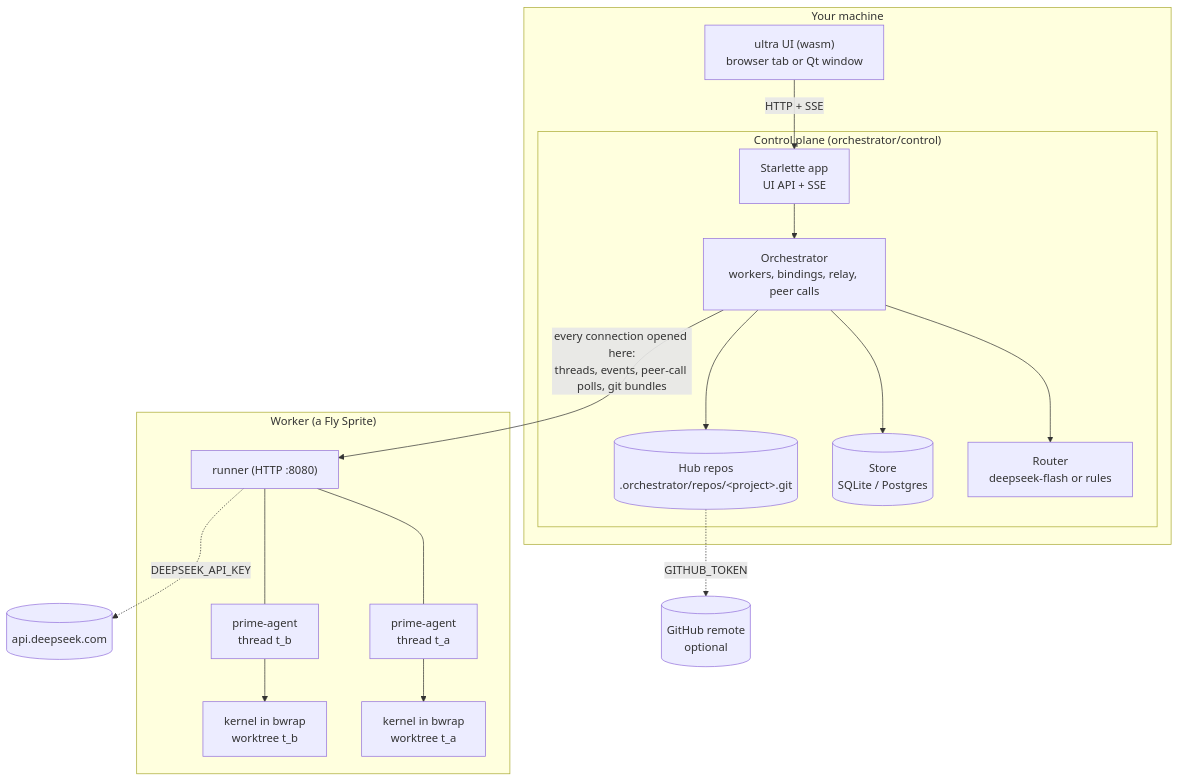
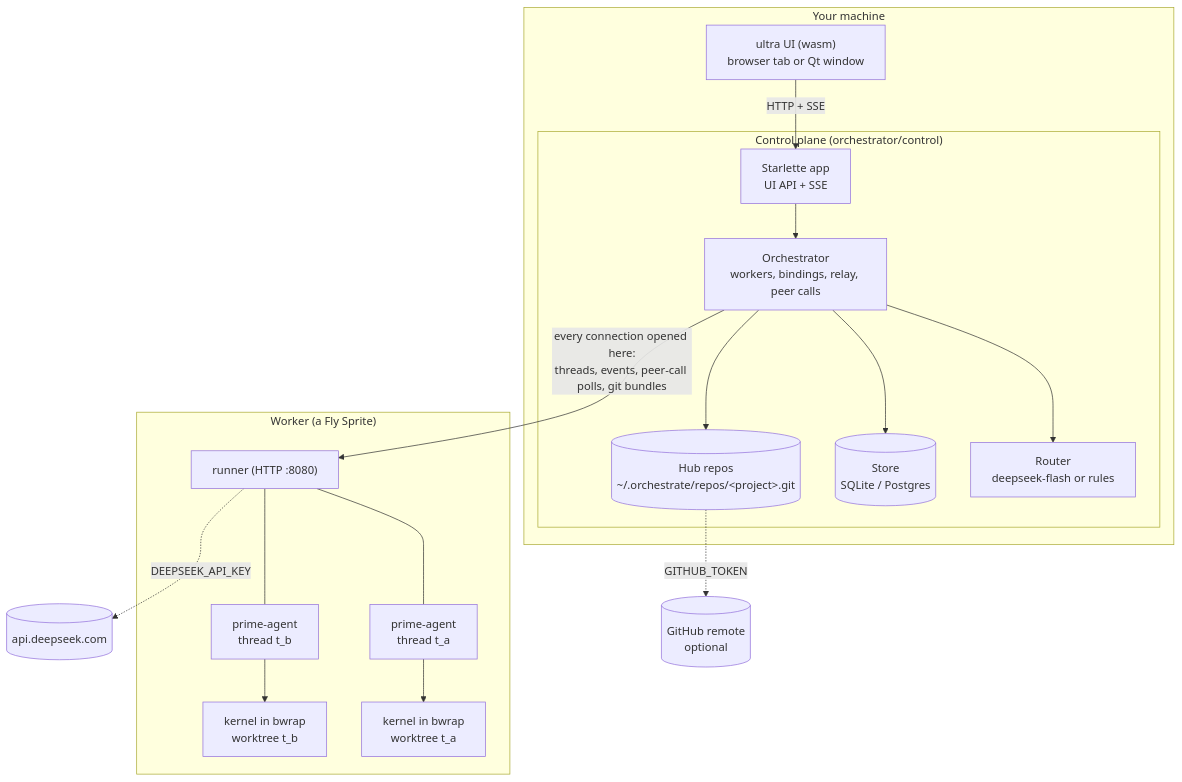
One commit to nandi-conda/orchestrate changed the diagram in docs/architecture/overview.md. Above: the diagram before and after it, drawn with Mermaid. The commit also changed 26 other files, not shown here.

````diff
--- a/docs/architecture/overview.md
+++ b/docs/architecture/overview.md
@@ -3,26 +3,26 @@
 ```mermaid
 flowchart TB
     subgraph local["Your machine"]
         ui["ultra UI (wasm)<br/>browser tab or Qt window"]
         subgraph cp["Control plane (orchestrator/control)"]
             app["Starlette app<br/>UI API + SSE"]
             orch["Orchestrator<br/>workers, bindings, relay, peer calls"]
             router["Router<br/>deepseek-flash or rules"]
             store[("Store<br/>SQLite / Postgres")]
-            hub[("Hub repos<br/>.orchestrator/repos/&lt;project&gt;.git")]
+            hub[("Hub repos<br/>~/.orchestrate/repos/&lt;project&gt;.git")]
         end
     end
     subgraph sprite["Worker (a Fly Sprite)"]
         runner["runner (HTTP :8080)"]
         pa1["prime-agent<br/>thread t_a"] --> k1["kernel in bwrap<br/>worktree t_a"]
         pa2["prime-agent<br/>thread t_b"] --> k2["kernel in bwrap<br/>worktree t_b"]
         runner --- pa1 & pa2
     end
     gh[("GitHub remote<br/>optional")]
     ui -- "HTTP + SSE" --> app
     app --> orch
     orch --> router & store & hub
     orch -- "every connection opened here:<br/>threads, events, peer-call polls, git bundles" --> runner
     hub -. "GITHUB_TOKEN" .-> gh
     runner -. "DEEPSEEK_API_KEY" .-> ds[("api.deepseek.com")]
 ```
````
